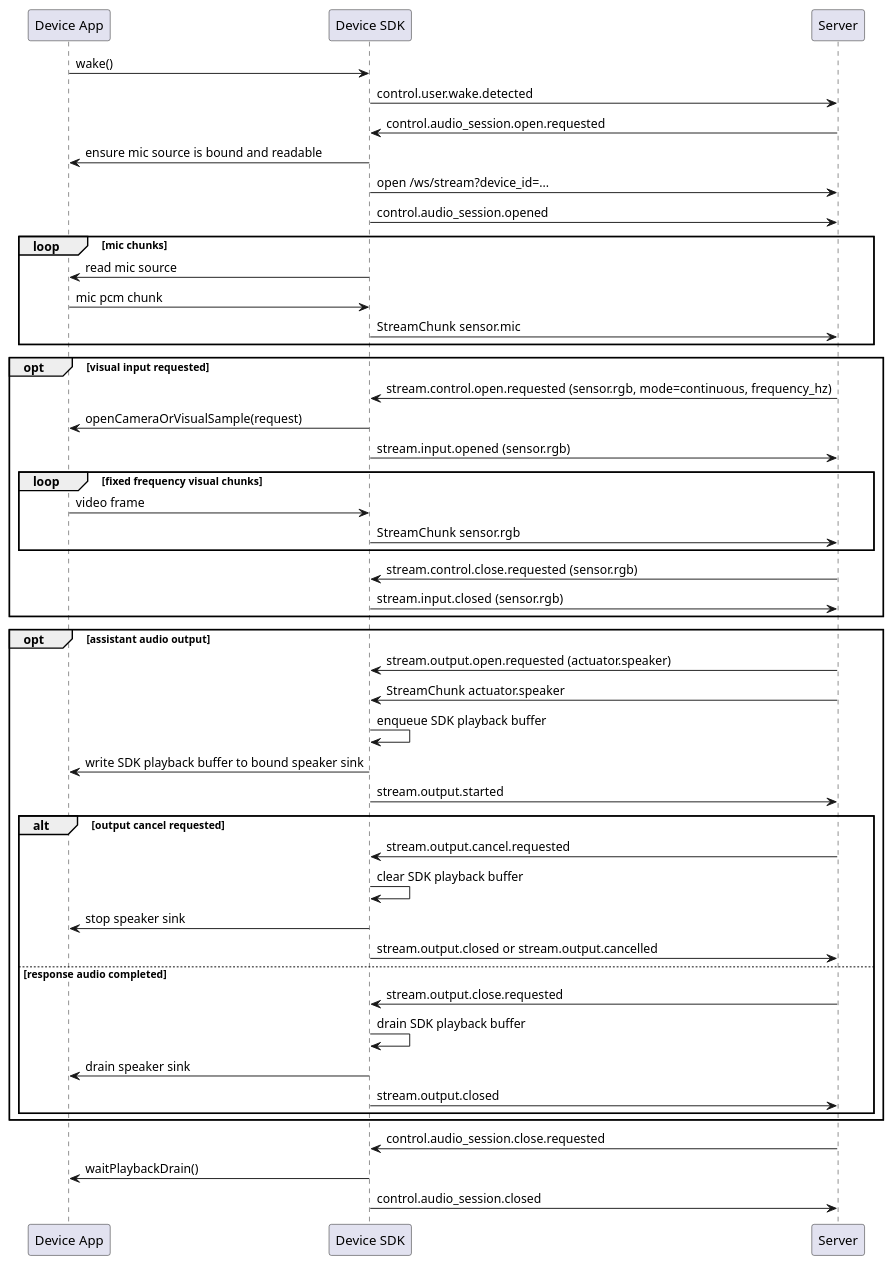
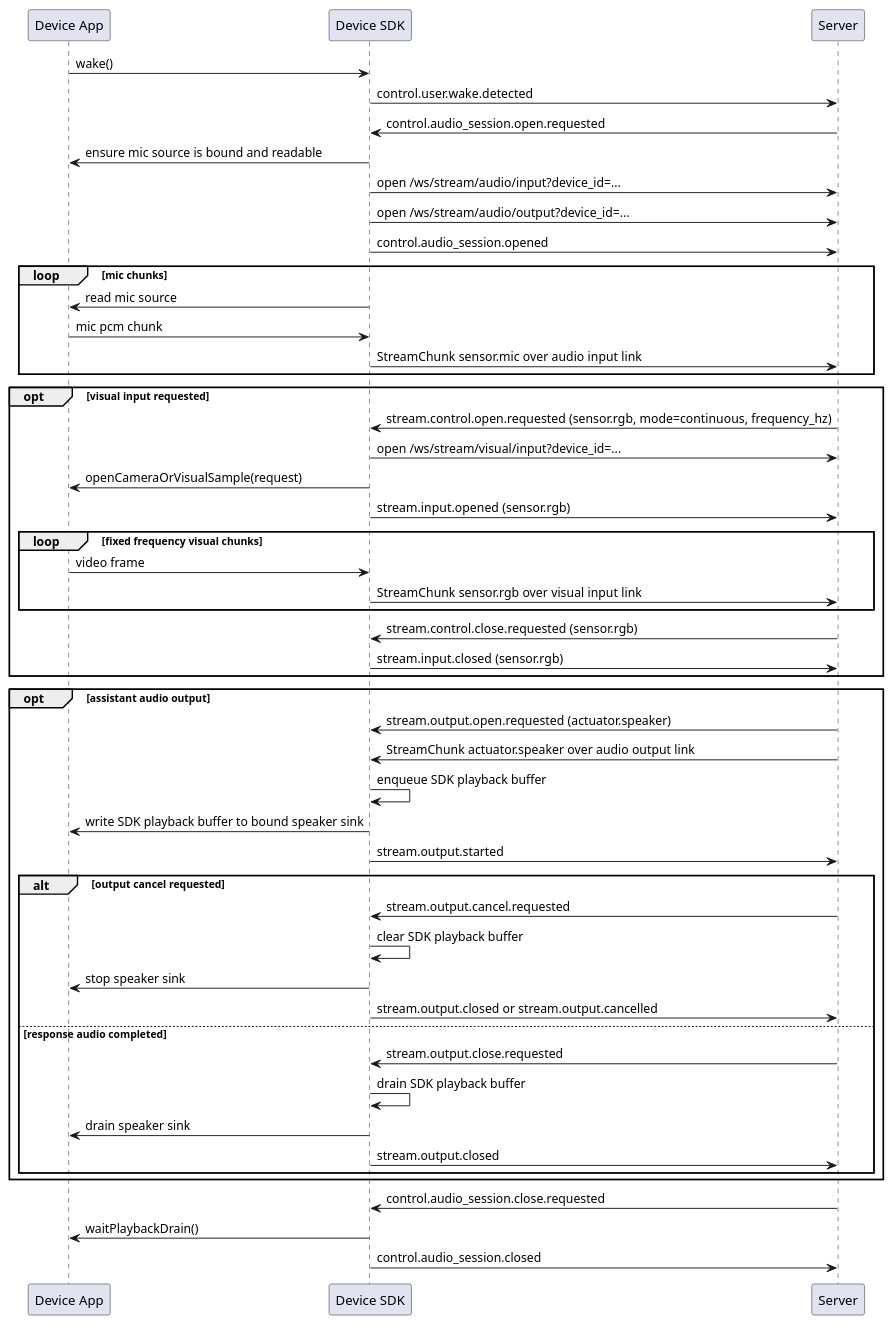
One commit to HengeLiu/RealtimeAgent changed the third of 6 diagrams in docs/reference/device-sdk-event-blueprint.md. Above: the diagram before and after it, drawn with PlantUML. The commit also changed other lines of this file and 4 other files, not shown here.

````diff
--- a/docs/reference/device-sdk-event-blueprint.md
+++ b/docs/reference/device-sdk-event-blueprint.md
@@ -211,54 +220,56 @@
 ```plantuml
 @startuml
 participant "Device App" as App
 participant "Device SDK" as SDK
 participant Server
 
 App -> SDK: wake()
 SDK -> Server: control.user.wake.detected
 Server -> SDK: control.audio_session.open.requested
 SDK -> App: ensure mic source is bound and readable
-SDK -> Server: open /ws/stream?device_id=...
+SDK -> Server: open /ws/stream/audio/input?device_id=...
+SDK -> Server: open /ws/stream/audio/output?device_id=...
 SDK -> Server: control.audio_session.opened
 loop mic chunks
   SDK -> App: read mic source
   App -> SDK: mic pcm chunk
-  SDK -> Server: StreamChunk sensor.mic
+  SDK -> Server: StreamChunk sensor.mic over audio input link
 end
 
 opt visual input requested
   Server -> SDK: stream.control.open.requested (sensor.rgb, mode=continuous, frequency_hz)
+  SDK -> Server: open /ws/stream/visual/input?device_id=...
   SDK -> App: openCameraOrVisualSample(request)
   SDK -> Server: stream.input.opened (sensor.rgb)
   loop fixed frequency visual chunks
     App -> SDK: video frame
-    SDK -> Server: StreamChunk sensor.rgb
+    SDK -> Server: StreamChunk sensor.rgb over visual input link
   end
   Server -> SDK: stream.control.close.requested (sensor.rgb)
   SDK -> Server: stream.input.closed (sensor.rgb)
 end
 
 opt assistant audio output
   Server -> SDK: stream.output.open.requested (actuator.speaker)
-  Server -> SDK: StreamChunk actuator.speaker
+  Server -> SDK: StreamChunk actuator.speaker over audio output link
   SDK -> SDK: enqueue SDK playback buffer
   SDK -> App: write SDK playback buffer to bound speaker sink
   SDK -> Server: stream.output.started
   alt output cancel requested
     Server -> SDK: stream.output.cancel.requested
     SDK -> SDK: clear SDK playback buffer
     SDK -> App: stop speaker sink
     SDK -> Server: stream.output.closed or stream.output.cancelled
   else response audio completed
     Server -> SDK: stream.output.close.requested
     SDK -> SDK: drain SDK playback buffer
     SDK -> App: drain speaker sink
     SDK -> Server: stream.output.closed
   end
 end
 
 Server -> SDK: control.audio_session.close.requested
 SDK -> App: waitPlaybackDrain()
 SDK -> Server: control.audio_session.closed
 @enduml
 ```
````
